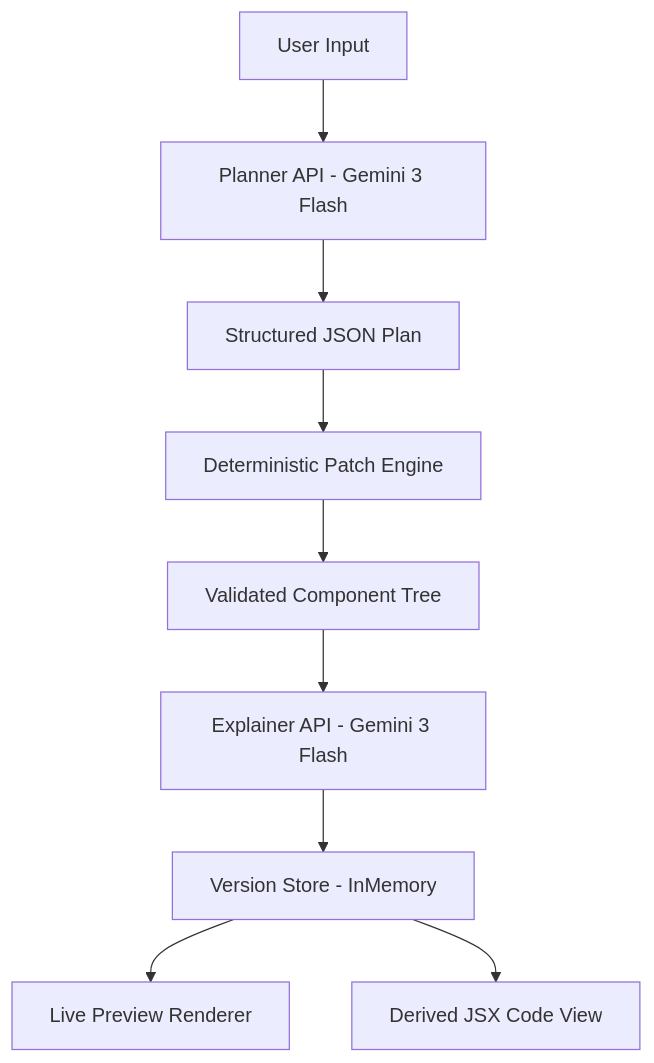
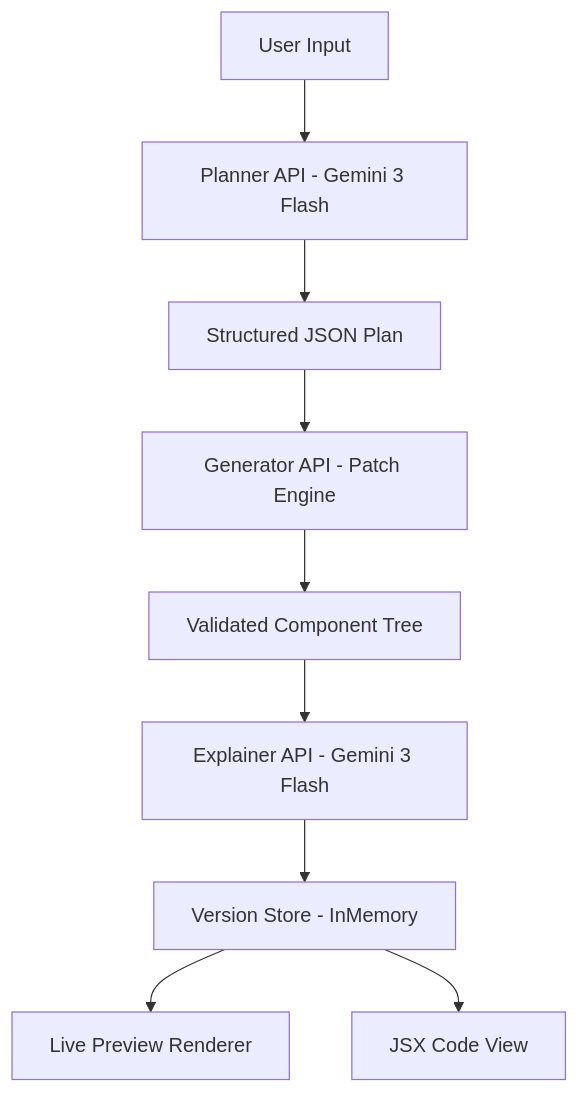
The diagram in README.md (anshul-c0des/elemant), drawn with Mermaid before and after one commit. The commit also changed 23 other files, not shown here.

````diff
--- a/README.md
+++ b/README.md
@@ -13,15 +13,15 @@
 ```mermaid
 flowchart TD
 
 A[User Input] --> B[Planner API - Gemini 3 Flash]
 B --> C[Structured JSON Plan]
 
-C --> D[Deterministic Patch Engine]
+C --> D[Generator API - Patch Engine]
 D --> E[Validated Component Tree]
 
 E --> F[Explainer API - Gemini 3 Flash]
 F --> G[Version Store - InMemory]
 
 G --> H[Live Preview Renderer]
-G --> I[Derived JSX Code View]
+G --> I[JSX Code View]
 ```
````
